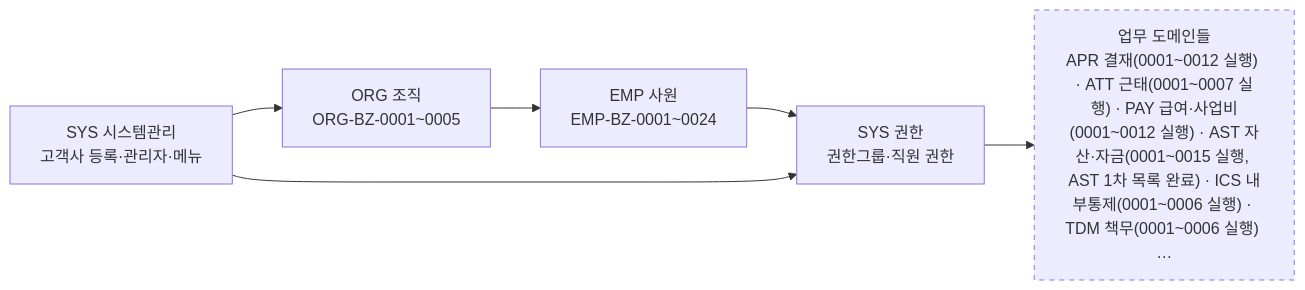
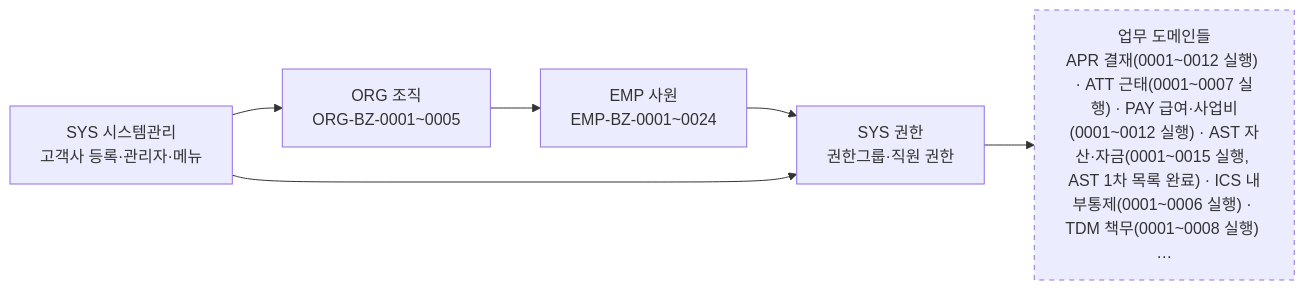
One commit to KimDoYoung/framework-sprt changed the diagram in AssetERP/docs/2-업무분석/biz-event/00-도메인Map.md. Above: the diagram before and after it, drawn with Mermaid. The commit also changed 7 other files, not shown here.

````diff
--- a/AssetERP/docs/2-업무분석/biz-event/00-도메인Map.md
+++ b/AssetERP/docs/2-업무분석/biz-event/00-도메인Map.md
@@ -6,14 +6,14 @@
 ```mermaid
 flowchart LR
     SYS["SYS 시스템관리<br/>고객사 등록·관리자·메뉴"]
     ORG["ORG 조직<br/>ORG-BZ-0001~0005"]
     EMP["EMP 사원<br/>EMP-BZ-0001~0024"]
     AUTH["SYS 권한<br/>권한그룹·직원 권한"]
-    WORK["업무 도메인들<br/>APR 결재(0001~0012 실행) · ATT 근태(0001~0007 실행) · PAY 급여·사업비(0001~0012 실행) · AST 자산·자금(0001~0015 실행, AST 1차 목록 완료) · ICS 내부통제(0001~0006 실행) · TDM 책무(0001~0006 실행) …"]
+    WORK["업무 도메인들<br/>APR 결재(0001~0012 실행) · ATT 근태(0001~0007 실행) · PAY 급여·사업비(0001~0012 실행) · AST 자산·자금(0001~0015 실행, AST 1차 목록 완료) · ICS 내부통제(0001~0006 실행) · TDM 책무(0001~0008 실행) …"]
 
     SYS --> ORG --> EMP --> AUTH --> WORK
     SYS --> AUTH
 
     classDef todo stroke-dasharray: 5 5
     class WORK todo
 ```
````
